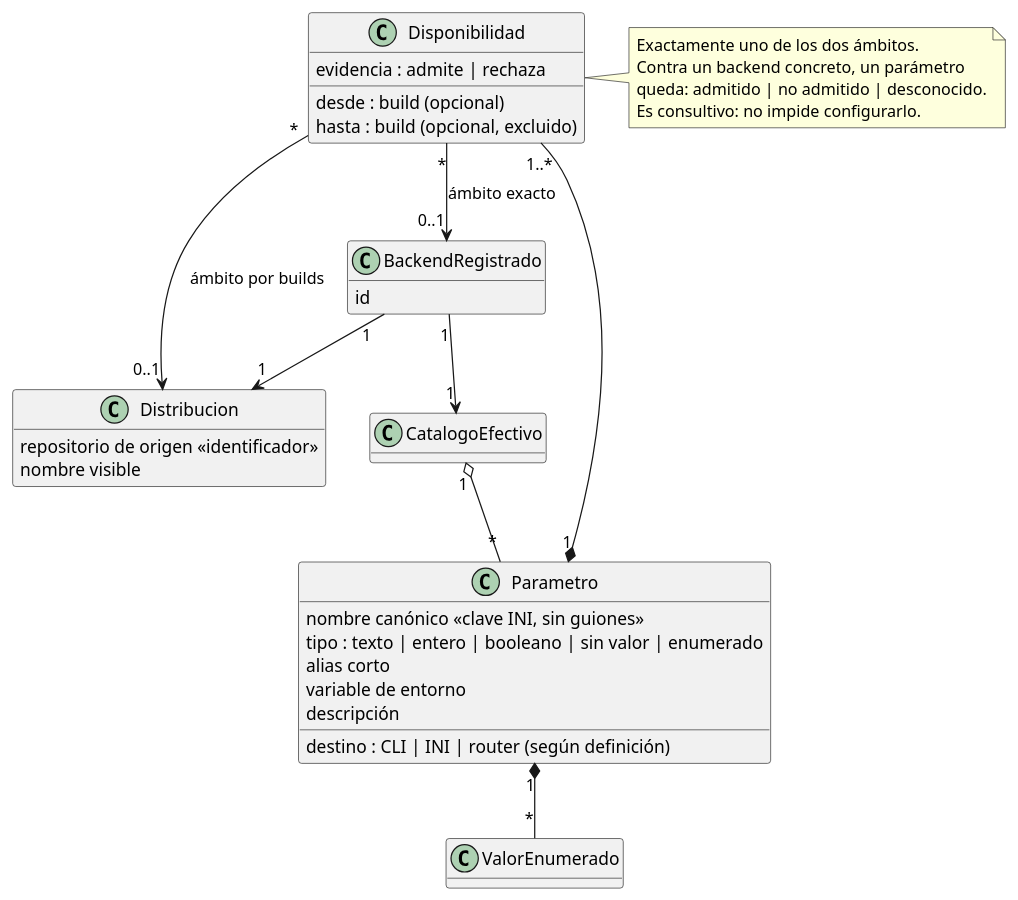
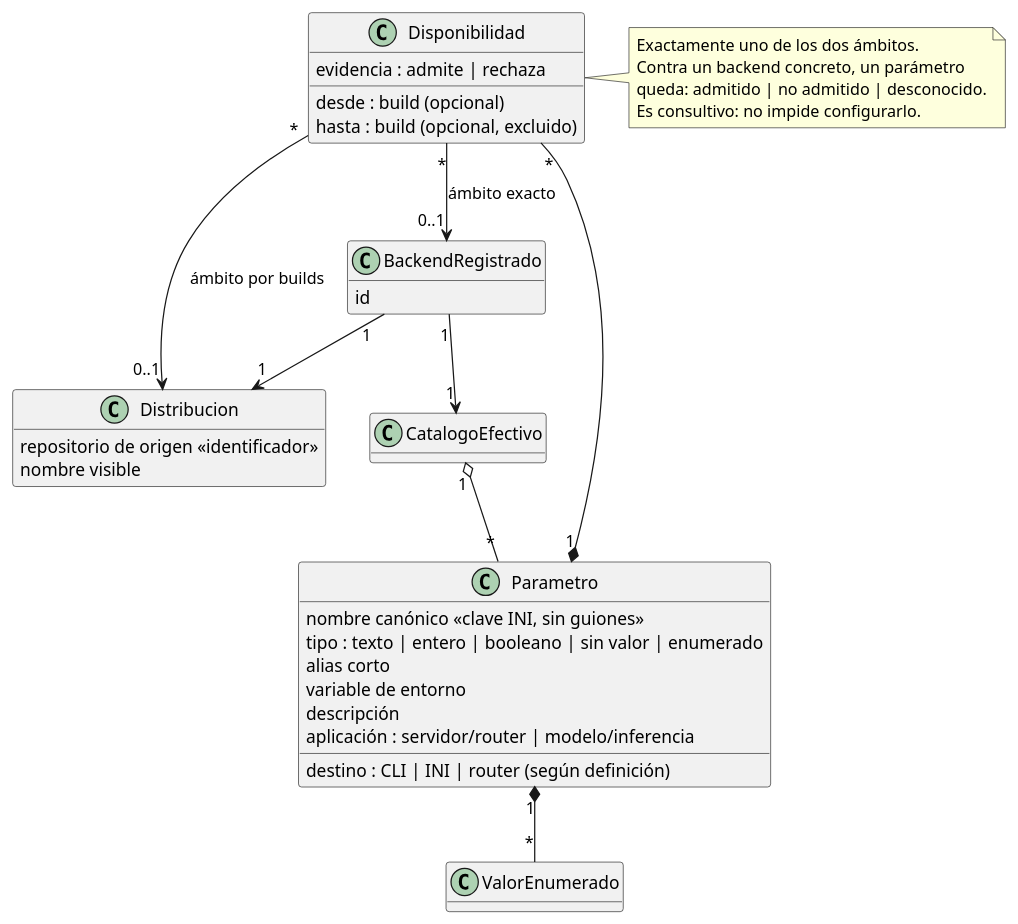
The first of 2 diagrams in docs/catalogo-de-parametros.md (mstranich/coquena), drawn with PlantUML before and after one commit. The commit also changed other lines of this file and 11 other files, not shown here.

````diff
--- a/docs/catalogo-de-parametros.md
+++ b/docs/catalogo-de-parametros.md
@@ -25,43 +34,44 @@
 ```plantuml
 @startuml
 hide empty methods
 
 class Parametro {
   nombre canónico <<clave INI, sin guiones>>
   tipo : texto | entero | booleano | sin valor | enumerado
   alias corto
   variable de entorno
   descripción
   destino : CLI | INI | router (según definición)
+  aplicación : servidor/router | modelo/inferencia
 }
 class Disponibilidad {
   evidencia : admite | rechaza
   desde : build (opcional)
   hasta : build (opcional, excluido)
 }
 class Distribucion {
   repositorio de origen <<identificador>>
   nombre visible
 }
 class BackendRegistrado {
   id
 }
 class ValorEnumerado
 
-Parametro "1" *-- "1..*" Disponibilidad
+Parametro "1" *-- "*" Disponibilidad
 Disponibilidad "*" --> "0..1" Distribucion : ámbito por builds
 Disponibilidad "*" --> "0..1" BackendRegistrado : ámbito exacto
 BackendRegistrado "1" --> "1" Distribucion
 BackendRegistrado "1" --> "1" CatalogoEfectivo
 class CatalogoEfectivo
 CatalogoEfectivo "1" o-- "*" Parametro
 Parametro "1" *-- "*" ValorEnumerado
 
 note right of Disponibilidad
   Exactamente uno de los dos ámbitos.
   Contra un backend concreto, un parámetro
   queda: admitido | no admitido | desconocido.
   Es consultivo: no impide configurarlo.
 end note
 @enduml
 ```
````
